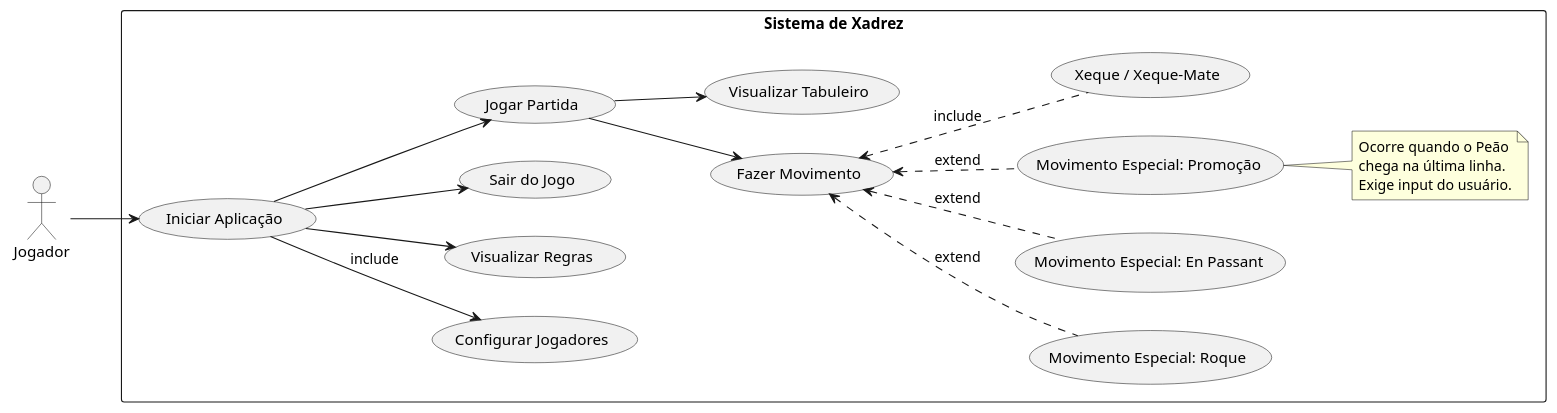
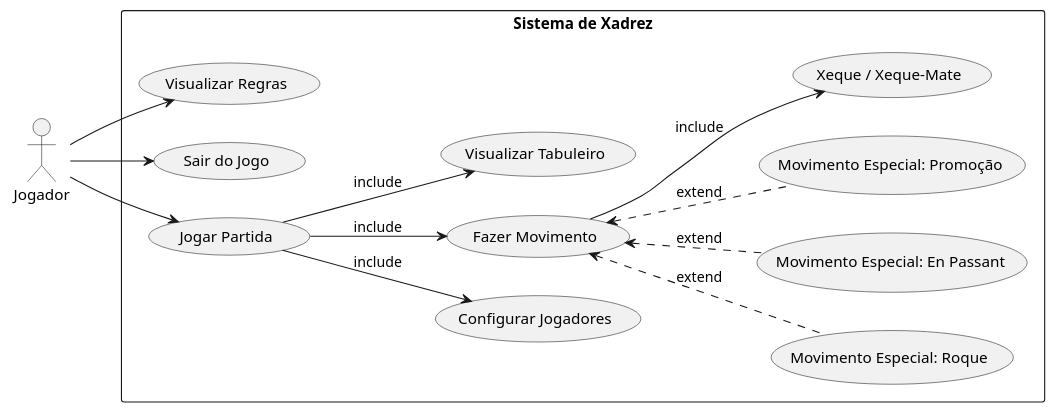
Before and after one commit to Smeltier/xadrez: the diagram in docs/use_case_diagram.plantuml, drawn with PlantUML.

Commit message:
att: atualiza o Diagrama de Casos de Uso.

```diff
--- a/docs/use_case_diagram.plantuml
+++ b/docs/use_case_diagram.plantuml
@@ -1,45 +1,38 @@
 @startuml use_case_diagram
 
 left to right direction
 actor "Jogador" as Player
 
 rectangle "Sistema de Xadrez" {
-    
-    usecase "Iniciar Aplicação" as UC1
+
     usecase "Configurar Jogadores" as UC2
     usecase "Visualizar Regras" as UC3
     usecase "Sair do Jogo" as UC4
-    
+
     usecase "Jogar Partida" as UC5
     usecase "Fazer Movimento" as UC6
     usecase "Visualizar Tabuleiro" as UC7
-    
+
     usecase "Movimento Especial: Roque" as UC_Castling
     usecase "Movimento Especial: En Passant" as UC_EnPassant
     usecase "Movimento Especial: Promoção" as UC_Promotion
-    
+
     usecase "Xeque / Xeque-Mate" as UC_Check
 
-    Player --> UC1
-    UC1 --> UC2 : include
-    UC1 --> UC3
-    UC1 --> UC4
-    
-    UC1 --> UC5
-    UC5 --> UC6
-    UC5 --> UC7
-    
-    UC6 <.. UC_Check : include
-    
+    Player --> UC3
+    Player --> UC4
+    Player --> UC5
+
+    UC5 --> UC2 : include
+    UC5 --> UC6 : include
+    UC5 --> UC7 : include
+
+    UC6 --> UC_Check : include
+
     UC6 <.. UC_Castling : extend
     UC6 <.. UC_EnPassant : extend
     UC6 <.. UC_Promotion : extend
-    
-    note right of UC_Promotion
-      Ocorre quando o Peão
-      chega na última linha.
-      Exige input do usuário.
-    end note
+
 }
 
 @enduml
```
